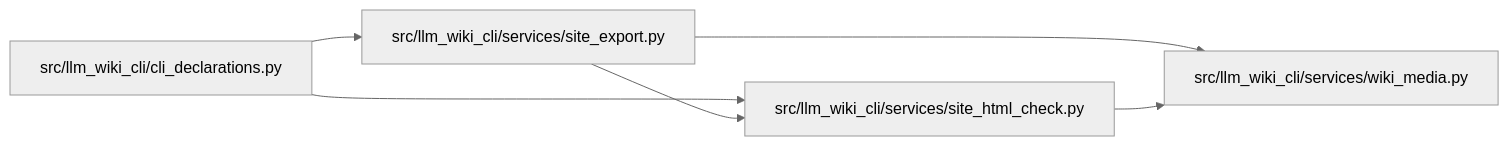
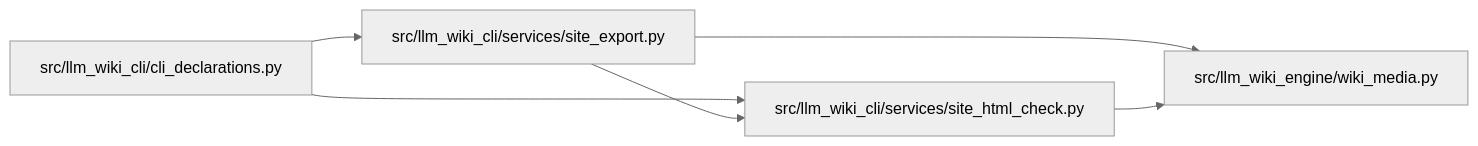
Before and after one commit to Denissvgn/python-wiki-llm: the diagram in docs/llm_wiki/modules/site_html_check.md, drawn with Mermaid (neutral theme). The commit also changed other lines of this file and 1103 other files, not shown here.

First line of the commit message:
docs: refresh the wiki for the llm-wiki-engine distribution

````diff
--- a/docs/llm_wiki/modules/site_html_check.md
+++ b/docs/llm_wiki/modules/site_html_check.md
@@ -24,16 +24,16 @@
 ```mermaid
 flowchart LR
     n0["src/llm_wiki_cli/cli_declarations.py"]
     n1["src/llm_wiki_cli/services/site_export.py"]
     n2["src/llm_wiki_cli/services/site_html_check.py"]
-    n3["src/llm_wiki_cli/services/wiki_media.py"]
+    n3["src/llm_wiki_engine/wiki_media.py"]
     n0 --> n1
     n0 --> n2
     n1 --> n2
     n1 --> n3
     n2 --> n3
     click n0 "../modules/cli_declarations.md"
     click n1 "../modules/site_export.md"
     click n2 "../modules/site_html_check.md"
     click n3 "../modules/wiki_media.md"
 ```
````
